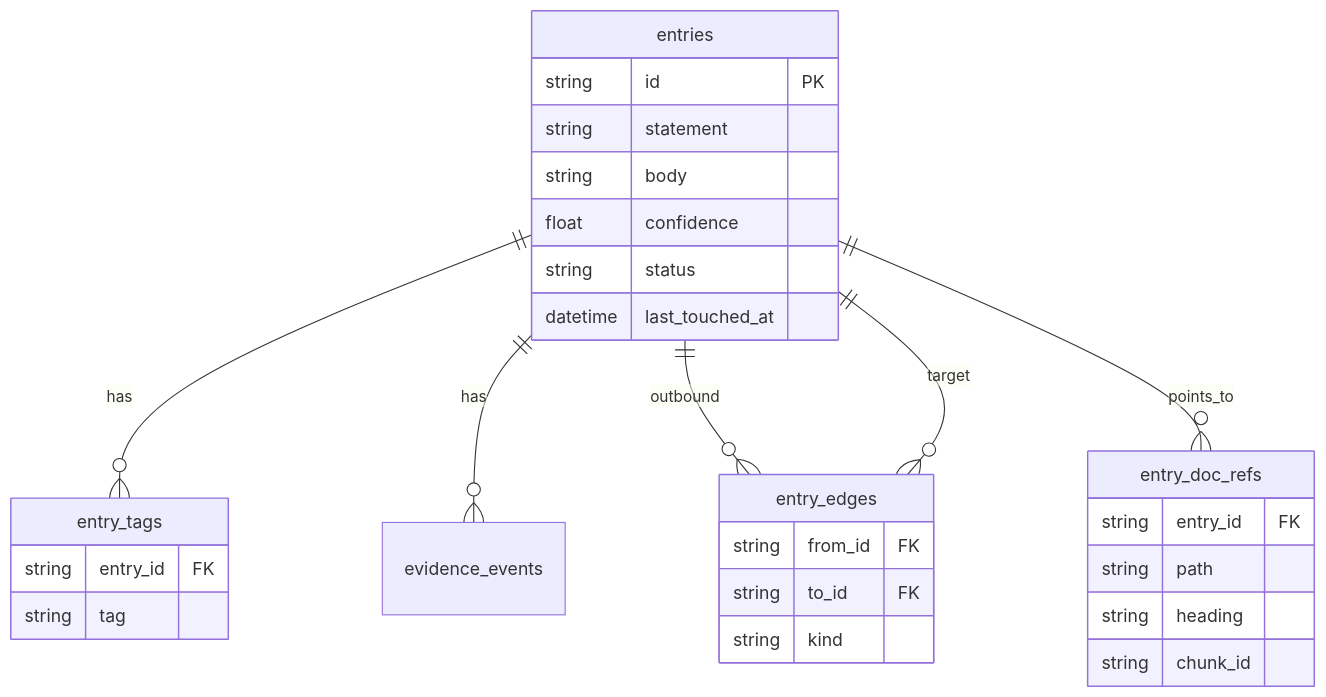
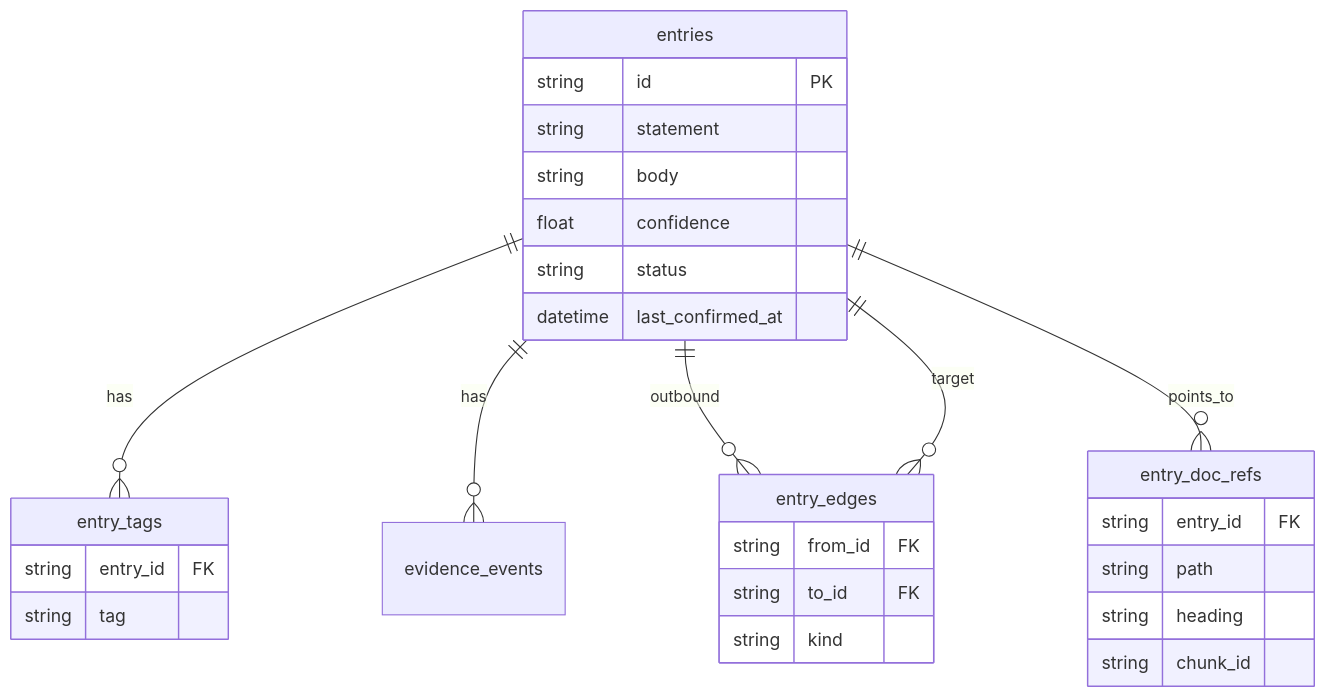
One commit to SteamedBread2333/imprint changed the third of 9 diagrams in docs/storage-retrieval.zh.md. Above: the diagram before and after it, drawn with Mermaid. The commit also changed 55 other files, not shown here.

````diff
--- a/docs/storage-retrieval.zh.md
+++ b/docs/storage-retrieval.zh.md
@@ -83,32 +83,32 @@
 ```mermaid
 erDiagram
   entries ||--o{ entry_tags : has
   entries ||--o{ evidence_events : has
   entries ||--o{ entry_edges : outbound
   entries ||--o{ entry_doc_refs : points_to
   entry_edges }o--|| entries : target
 
   entries {
     string id PK
     string statement
     string body
     float confidence
     string status
-    datetime last_touched_at
+    datetime last_confirmed_at
   }
   entry_tags {
     string entry_id FK
     string tag
   }
   entry_edges {
     string from_id FK
     string to_id FK
     string kind
   }
   entry_doc_refs {
     string entry_id FK
     string path
     string heading
     string chunk_id
   }
 ```
````
